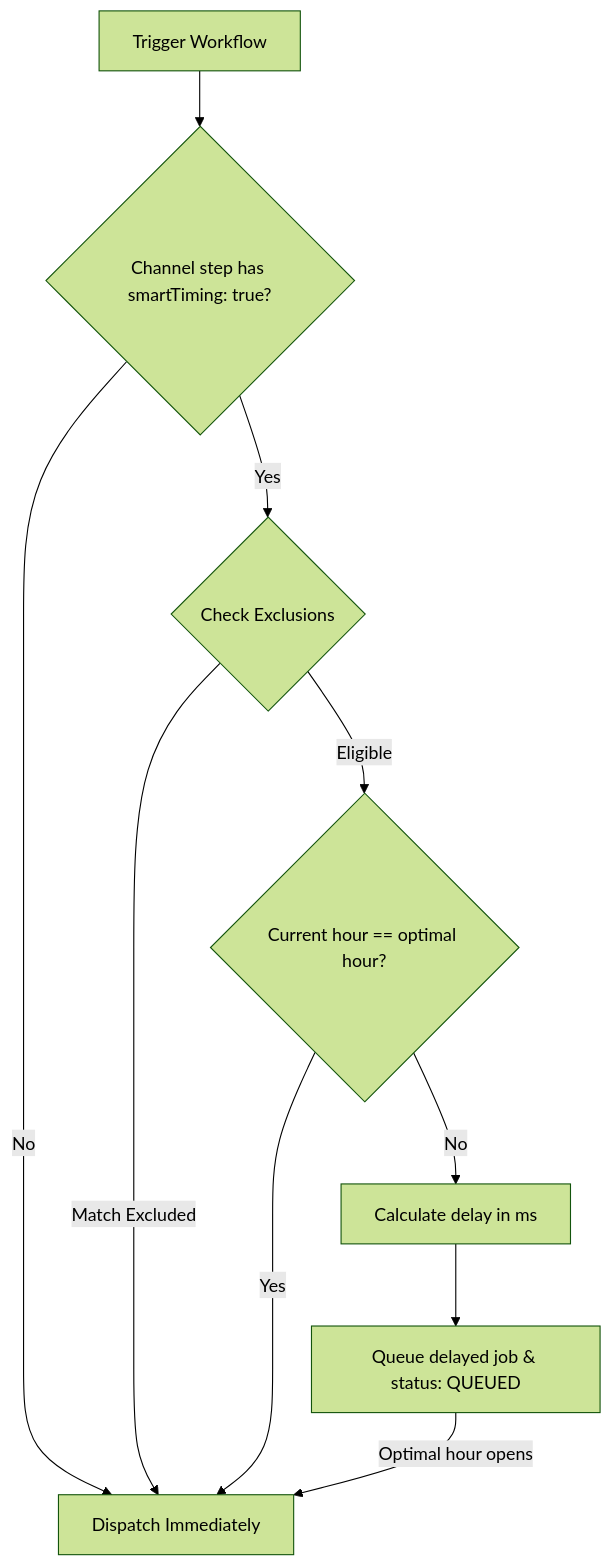
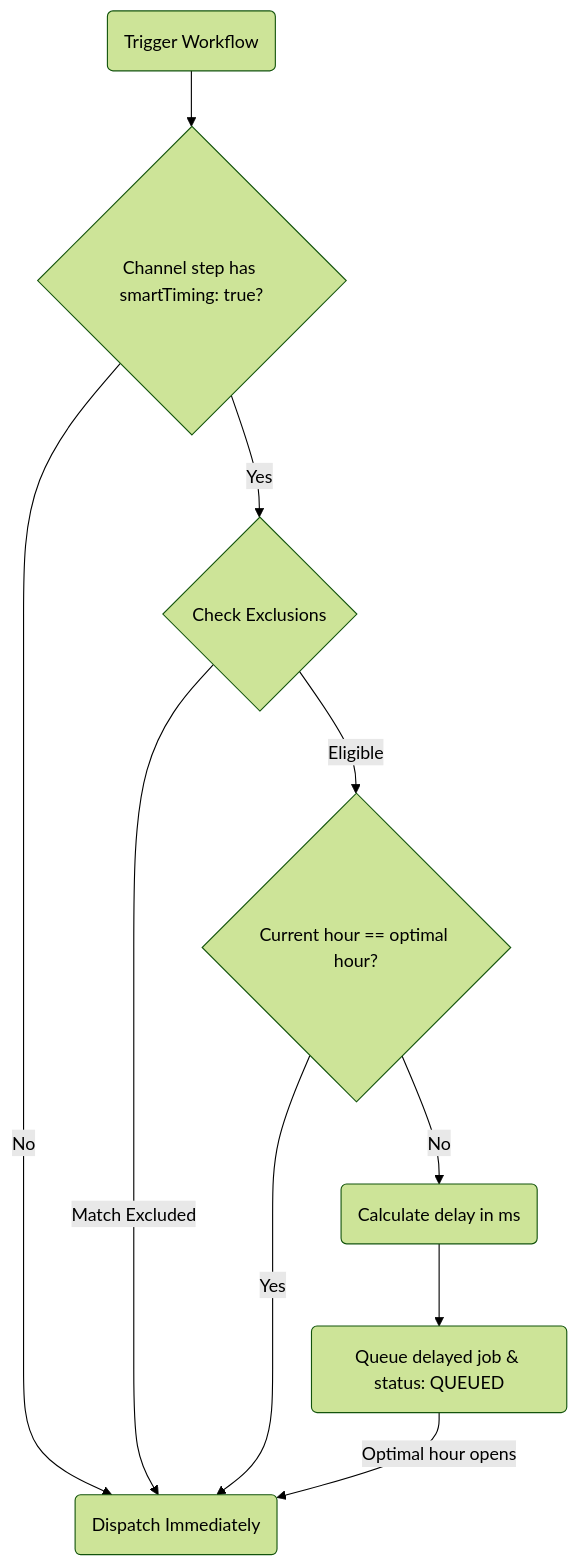
The diagram in content/docs/en/platform/features/smart-send-time.mdx (KriyanshKhunt/nexus_docs), drawn with Mermaid (forest theme) before and after one commit. The commit also changed 25 other files, not shown here.

Commit message:
Handle en Mermaid charts

````diff
--- a/content/docs/en/platform/features/smart-send-time.mdx
+++ b/content/docs/en/platform/features/smart-send-time.mdx
@@ -19,12 +19,12 @@
 ```mermaid
 flowchart TD
-  Trigger[Trigger Workflow] --> Channel{Channel step has smartTiming: true?}
-  Channel -->|No| Send[Dispatch Immediately]
+  Trigger(Trigger Workflow) --> Channel{Channel step has smartTiming: true?}
+  Channel -->|No| Send(Dispatch Immediately)
   Channel -->|Yes| CheckExclusions{Check Exclusions}
   CheckExclusions -->|Match Excluded| Send
   CheckExclusions -->|Eligible| Optimal{Current hour == optimal hour?}
   Optimal -->|Yes| Send
-  Optimal -->|No| Delay[Calculate delay in ms]
-  Delay --> Queue[Queue delayed job & status: QUEUED]
+  Optimal -->|No| Delay(Calculate delay in ms)
+  Delay --> Queue(Queue delayed job & status: QUEUED)
   Queue -->|Optimal hour opens| Send
 ```
````
